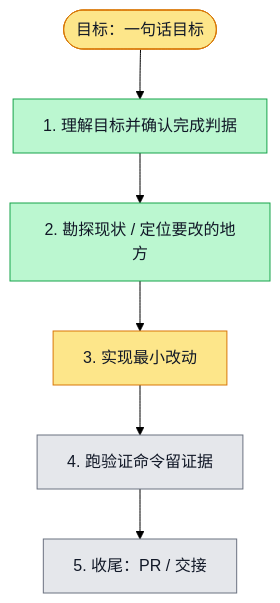
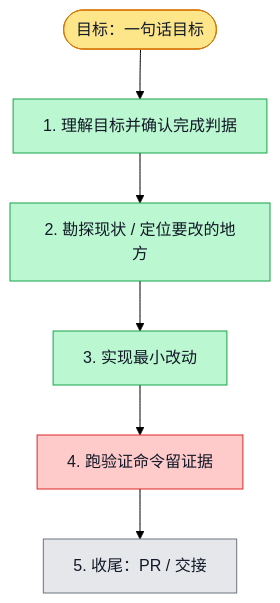
The diagram in docs/design/github-import-transient/plan.md (boardx/workspacex), drawn with Mermaid (forest theme) before and after one commit. The commit also changed 13 other files, not shown here.

Commit message:
docs: retain GitHub import recovery evidence and public-lane boundary

````diff
--- a/docs/design/github-import-transient/plan.md
+++ b/docs/design/github-import-transient/plan.md
@@ -17,24 +17,25 @@
 ```mermaid
 flowchart TD
   G([目标：一句话目标])
   S1[1. 理解目标并确认完成判据]
   S2[2. 勘探现状 / 定位要改的地方]
   S3[3. 实现最小改动]
   S4[4. 跑验证命令留证据]
   S5[5. 收尾：PR / 交接]
 
   G --> S1 --> S2 --> S3 --> S4 --> S5
 
   classDef todo fill:#e5e7eb,stroke:#6b7280,color:#111827
   classDef doing fill:#fde68a,stroke:#d97706,color:#111827
   classDef done fill:#bbf7d0,stroke:#16a34a,color:#111827
   classDef tested fill:#ddd6fe,stroke:#7c3aed,color:#111827
   classDef blocked fill:#fecaca,stroke:#dc2626,color:#111827
 
   class G doing
   class S1 done
   class S2 done
-  class S3 doing
-  class S4 todo
+  class S3 done
+  class S4 blocked
+  %% blocked S4: 49units/type/lint green; public browser IMPORT_FETCH_TIMEOUT, baseline paired same timeout; main authorizes draft, standard CI acceptance required
   class S5 todo
 ```
````
